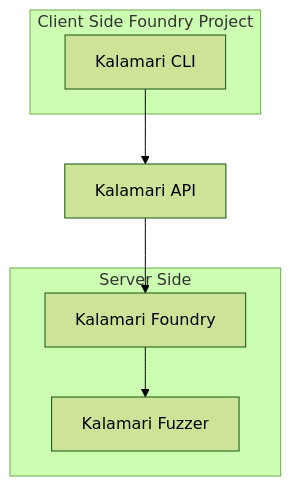
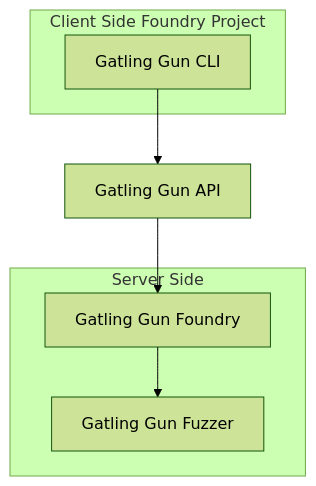
One commit to GatlingX/ggun-docs changed the diagram in pages/index.mdx. Above: the diagram before and after it, drawn with Mermaid (forest theme). The commit also changed other lines of this file and 11 other files, not shown here.

````diff
--- a/pages/index.mdx
+++ b/pages/index.mdx
@@ -37,17 +37,17 @@
 ```mermaid
 graph TD;
 
 subgraph AA [Client Side Foundry Project]
-A[Kalamari CLI];
+A[Gatling Gun CLI];
 end
 
 subgraph BB [Server Side]
-E[Kalamari Fuzzer];
-F[Kalamari Foundry];
+E[Gatling Gun Fuzzer];
+F[Gatling Gun Foundry];
 end
 
-Z[Kalamari API];
+Z[Gatling Gun API];
 A --> Z;
 Z --> F;
 F --> E;
 ```
````
